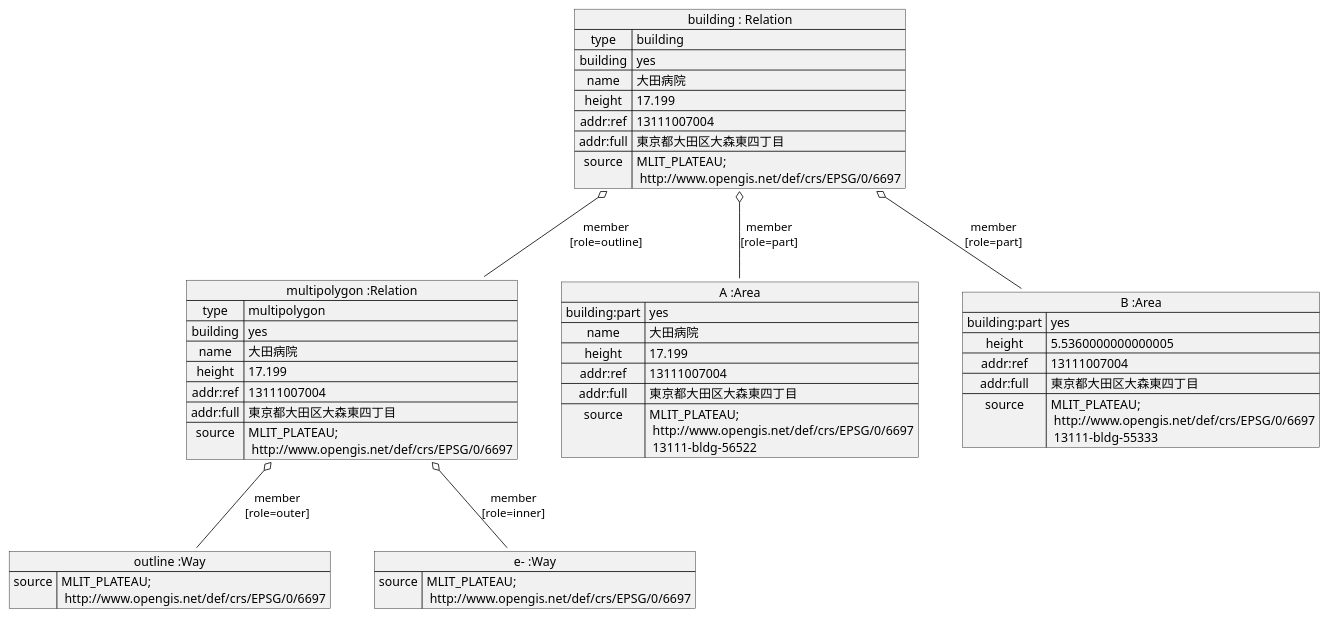
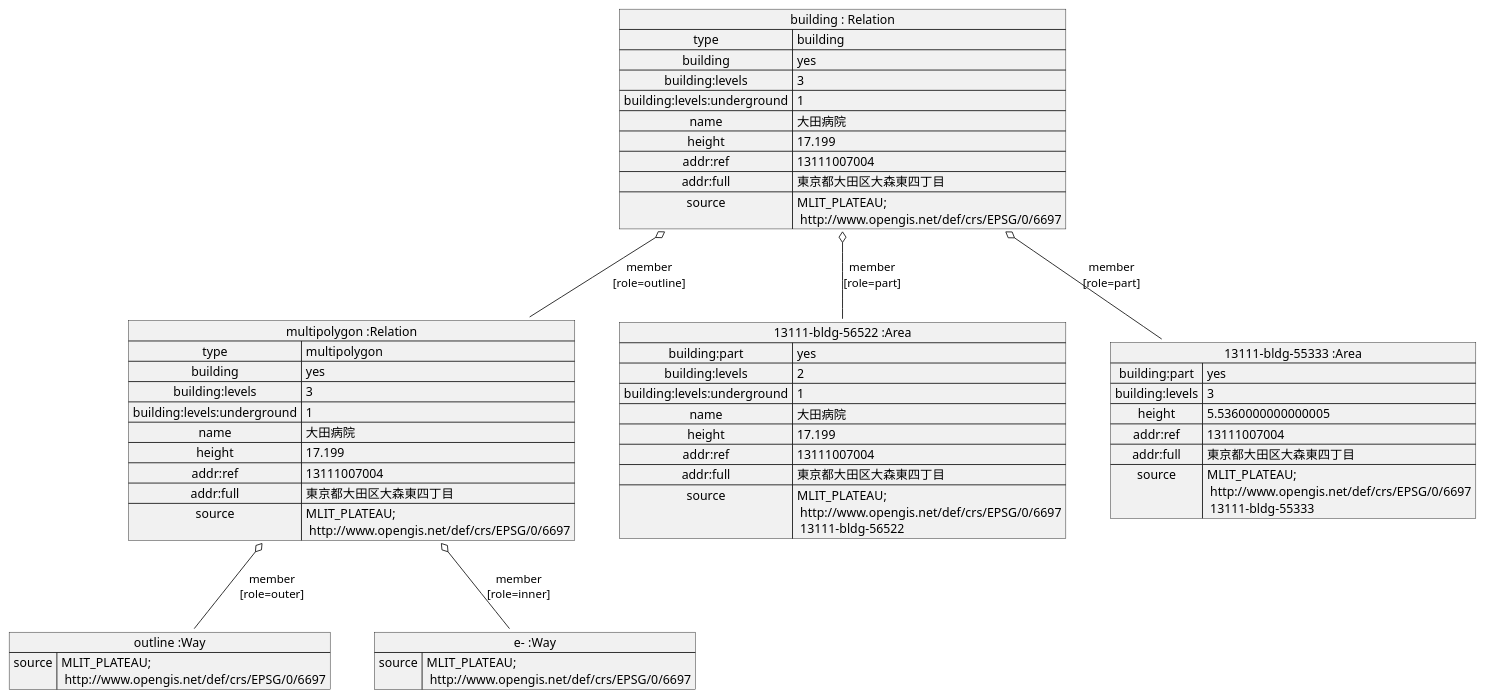
One commit to yuuhayashi/citygml-osm changed the diagram in doc/building/sample-e/sample-e-osm.pu. Above: the diagram before and after it, drawn with PlantUML. The commit also changed 11 other files, not shown here.

```diff
--- a/doc/building/sample-e/sample-e-osm.pu
+++ b/doc/building/sample-e/sample-e-osm.pu
@@ -1,52 +1,59 @@
 @startuml
 map "building : Relation" as building {
  type => building
  building => yes
+ building:levels => 3
+ building:levels:underground => 1
  name => 大田病院
  height => 17.199
  addr:ref => 13111007004
  addr:full => 東京都大田区大森東四丁目
  source => MLIT_PLATEAU;\n http://www.opengis.net/def/crs/EPSG/0/6697
 }
 
 map "multipolygon :Relation" as multipolygon {
  type => multipolygon
  building => yes
+ building:levels => 3
+ building:levels:underground => 1
  name => 大田病院
  height => 17.199
  addr:ref => 13111007004
  addr:full => 東京都大田区大森東四丁目
  source => MLIT_PLATEAU;\n http://www.opengis.net/def/crs/EPSG/0/6697
 }
 
 map "outline :Way" as outer {
  source => MLIT_PLATEAU;\n http://www.opengis.net/def/crs/EPSG/0/6697
 }
 
 map "e- :Way" as e {
  source => MLIT_PLATEAU;\n http://www.opengis.net/def/crs/EPSG/0/6697
 }
 
-map "A :Area" as A {
+map "13111-bldg-56522 :Area" as A {
  building:part => yes
+ building:levels => 2
+ building:levels:underground => 1
  name => 大田病院
  height => 17.199
  addr:ref => 13111007004
  addr:full => 東京都大田区大森東四丁目
  source => MLIT_PLATEAU;\n http://www.opengis.net/def/crs/EPSG/0/6697\n 13111-bldg-56522
 }
-map "B :Area" as B {
+map "13111-bldg-55333 :Area" as B {
  building:part => yes
+ building:levels => 3
  height => 5.5360000000000005
  addr:ref => 13111007004
  addr:full => 東京都大田区大森東四丁目
  source => MLIT_PLATEAU;\n http://www.opengis.net/def/crs/EPSG/0/6697\n 13111-bldg-55333
 }
 
 building o-- multipolygon : member\n[role=outline]
 building o-- A : member\n[role=part]
 building o-- B : member\n[role=part]
 
 multipolygon  o-- outer : member\n[role=outer]
 multipolygon  o-- e : member\n[role=inner]
 @enduml
```
